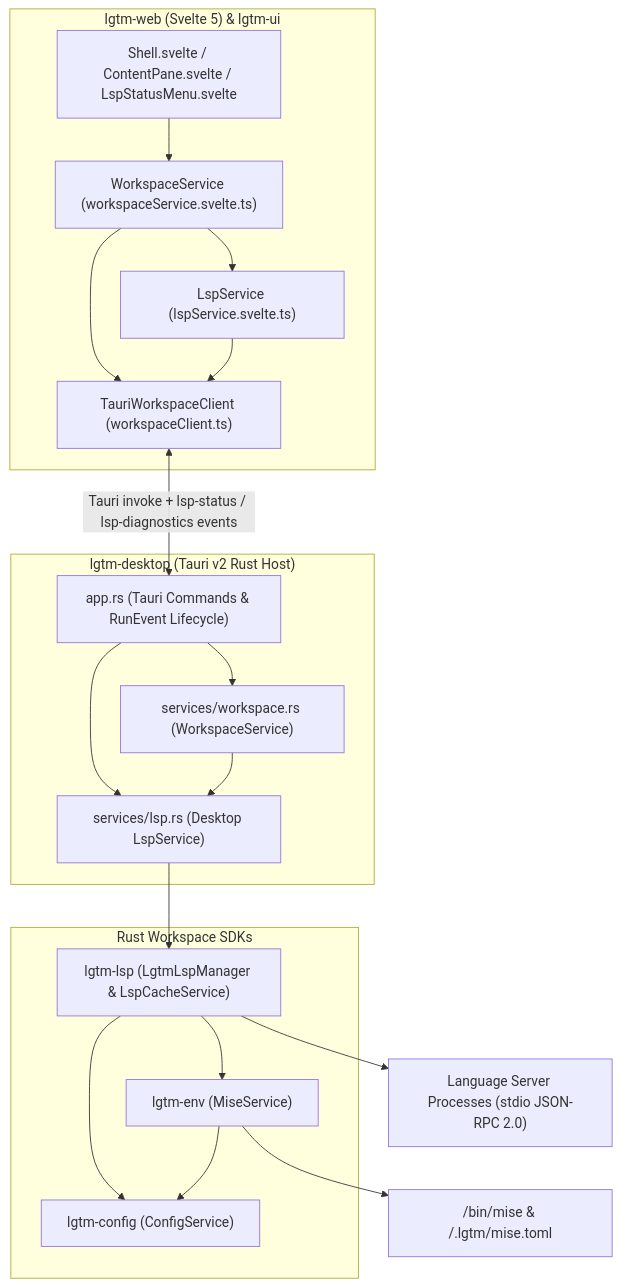
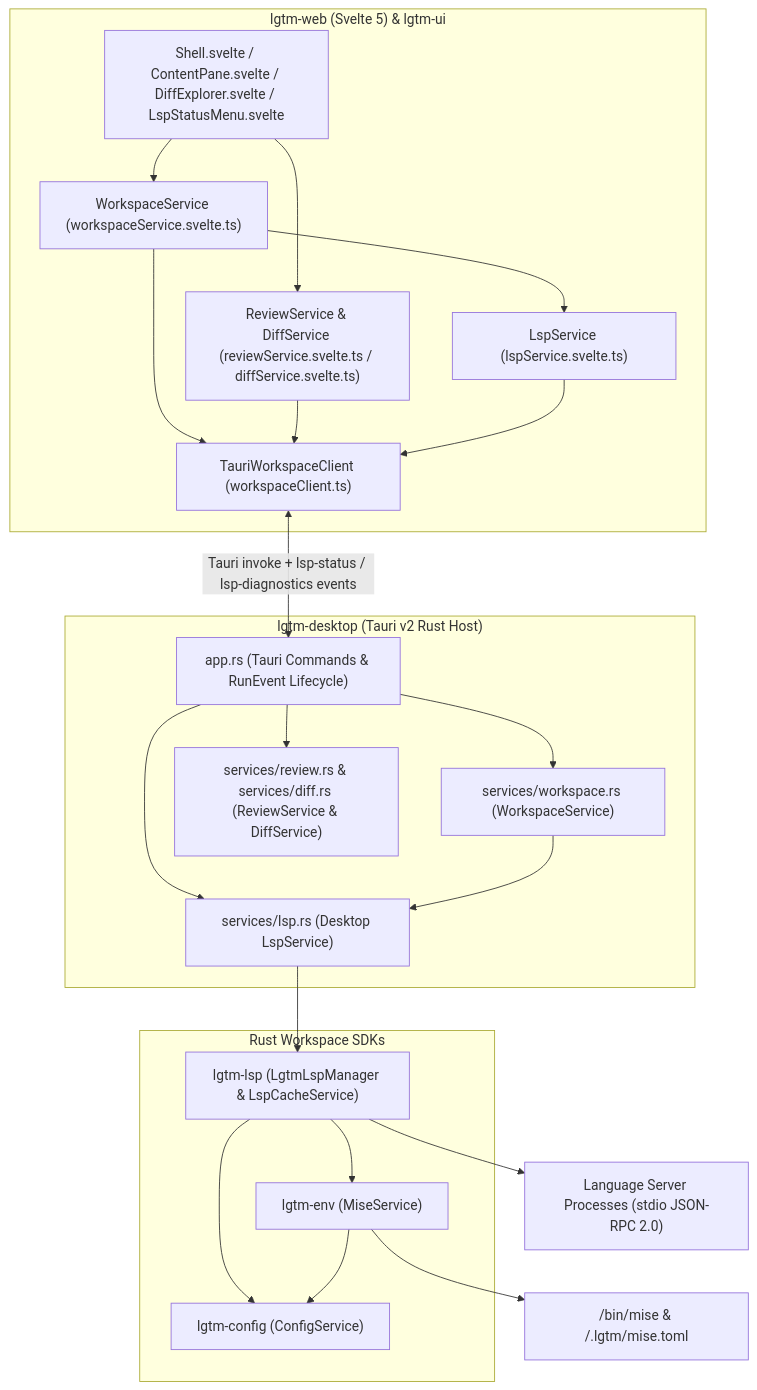
One commit to difflab-io/lgtm changed the first of 3 diagrams in docs/architecture/desktop/index.md. Above: the diagram before and after it, drawn with Mermaid. The commit also changed other lines of this file and 45 other files, not shown here.

Commit message:
feat(desktop,web,ui): add CodeMirror diff viewer, collapsible diff explorer, and commit checklist

````diff
--- a/docs/architecture/desktop/index.md
+++ b/docs/architecture/desktop/index.md
@@ -25,36 +25,41 @@
 ```mermaid
 flowchart TB
     subgraph Frontend["lgtm-web (Svelte 5) & lgtm-ui"]
-        SHELL["Shell.svelte / ContentPane.svelte / LspStatusMenu.svelte"]
+        SHELL["Shell.svelte / ContentPane.svelte / DiffExplorer.svelte / LspStatusMenu.svelte"]
         WS_VM["WorkspaceService (workspaceService.svelte.ts)"]
+        REV_VM["ReviewService & DiffService (reviewService.svelte.ts / diffService.svelte.ts)"]
         LSP_VM["LspService (lspService.svelte.ts)"]
         CLIENT["TauriWorkspaceClient (workspaceClient.ts)"]
         SHELL --> WS_VM
+        SHELL --> REV_VM
         WS_VM --> LSP_VM
         WS_VM --> CLIENT
+        REV_VM --> CLIENT
         LSP_VM --> CLIENT
     end
 
     subgraph Desktop["lgtm-desktop (Tauri v2 Rust Host)"]
         IPC["app.rs (Tauri Commands & RunEvent Lifecycle)"]
         WS_SVC["services/workspace.rs (WorkspaceService)"]
+        REV_SVC["services/review.rs & services/diff.rs (ReviewService & DiffService)"]
         DESK_LSP["services/lsp.rs (Desktop LspService)"]
         IPC --> WS_SVC
+        IPC --> REV_SVC
         IPC --> DESK_LSP
         WS_SVC --> DESK_LSP
     end
 
     subgraph Libraries["Rust Workspace SDKs"]
         LSP_MGR["lgtm-lsp (LgtmLspManager & LspCacheService)"]
         ENV_SVC["lgtm-env (MiseService)"]
         CFG_SVC["lgtm-config (ConfigService)"]
         DESK_LSP --> LSP_MGR
         LSP_MGR --> ENV_SVC
         LSP_MGR --> CFG_SVC
         ENV_SVC --> CFG_SVC
     end
 
     CLIENT <-->|"Tauri invoke + lsp-status / lsp-diagnostics events"| IPC
     ENV_SVC --> MISE["<lgtm_home>/bin/mise & <workspace>/.lgtm/mise.toml"]
     LSP_MGR --> SERVERS["Language Server Processes (stdio JSON-RPC 2.0)"]
 ```
````
